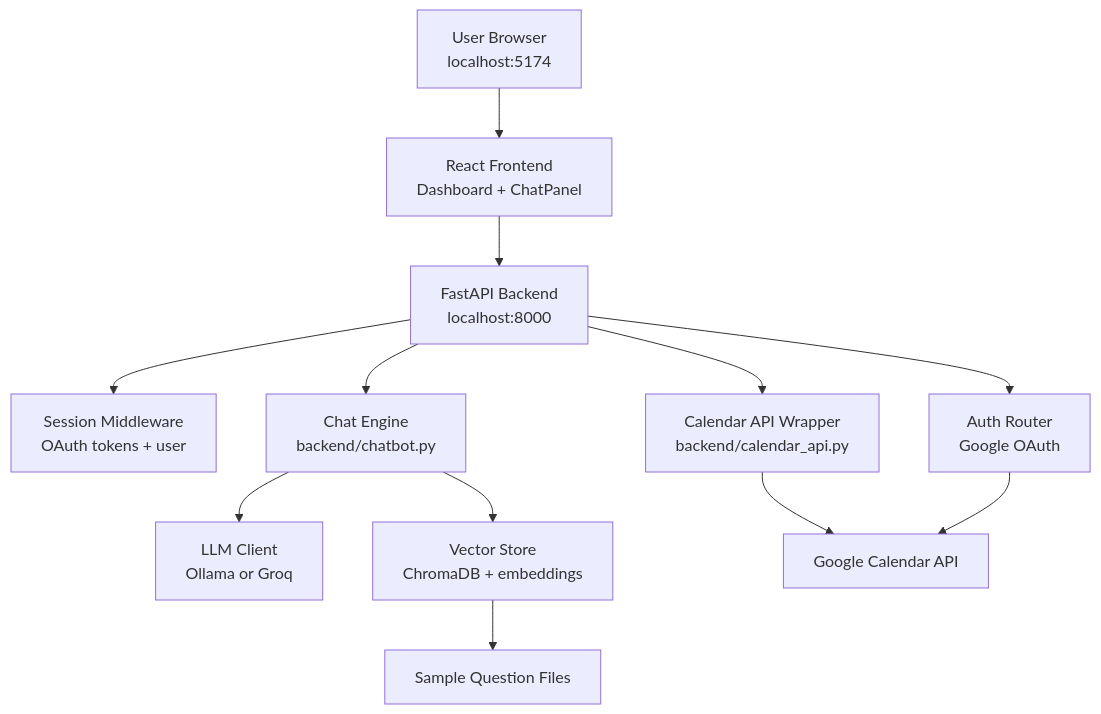
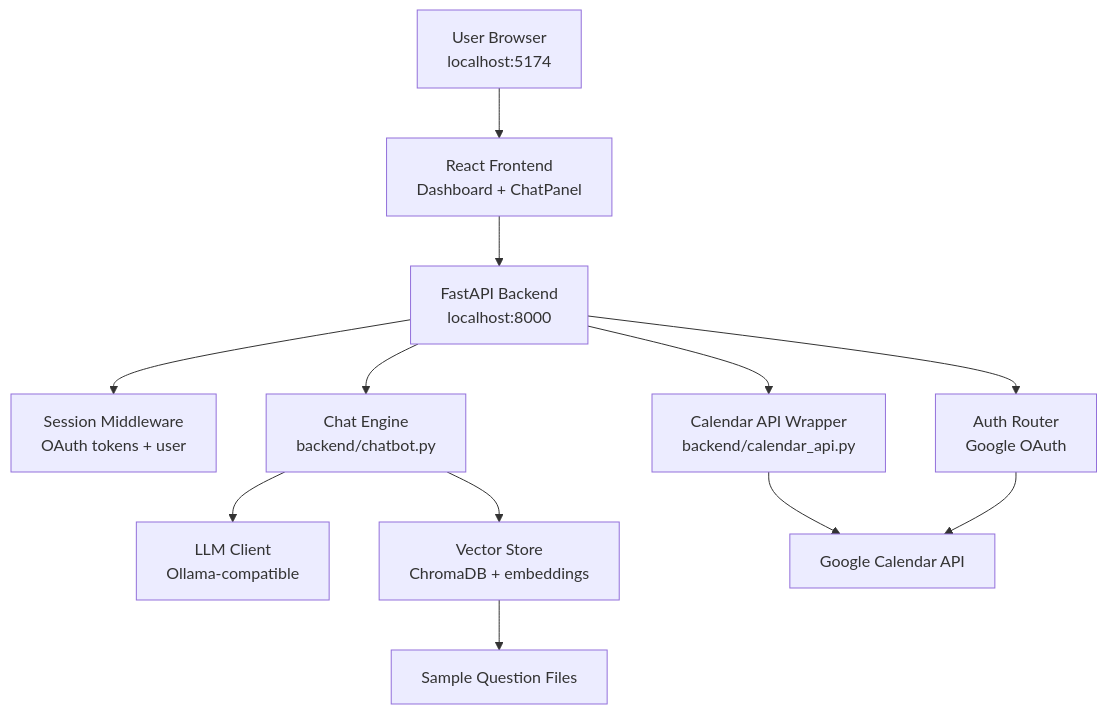
One commit to rishabrkb123-collab/google-calendar-rag-chatbot changed the first of 6 diagrams in PROJECT_DOCUMENTATION.md. Above: the diagram before and after it, drawn with Mermaid. The commit also changed other lines of this file and 5 other files, not shown here.

Commit message:
Switch to Ollama-only chat flow and improve event matching

````diff
--- a/PROJECT_DOCUMENTATION.md
+++ b/PROJECT_DOCUMENTATION.md
@@ -220,14 +213,14 @@
 ```mermaid
 flowchart TD
     U[User Browser<br/>localhost:5174] --> F[React Frontend<br/>Dashboard + ChatPanel]
     F --> B[FastAPI Backend<br/>localhost:8000]
     B --> S[Session Middleware<br/>OAuth tokens + user]
     B --> A[Auth Router<br/>Google OAuth]
     B --> C[Calendar API Wrapper<br/>backend/calendar_api.py]
     B --> H[Chat Engine<br/>backend/chatbot.py]
-    H --> L[LLM Client<br/>Ollama or Groq]
+    H --> L[LLM Client<br/>Ollama-compatible]
     H --> V[Vector Store<br/>ChromaDB + embeddings]
     V --> Q[Sample Question Files]
     C --> G[Google Calendar API]
     A --> G
 ```
````
